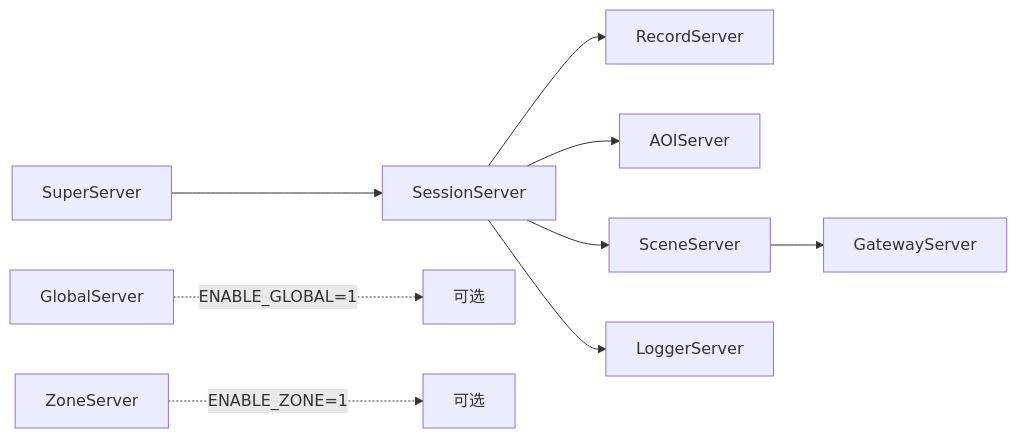
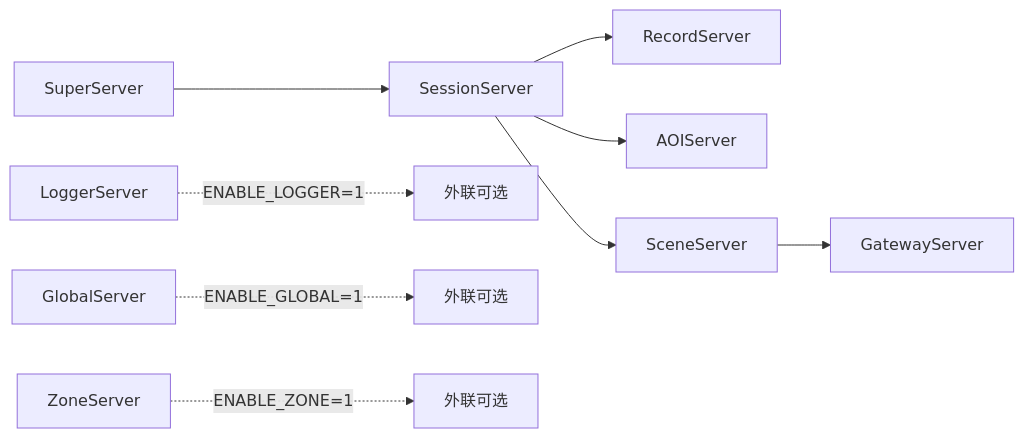
The second of 5 diagrams in docs/ARCHITECTURE.md (hechuangguo/RPG_Server), drawn with Mermaid before and after one commit. The commit also changed other lines of this file and 68 other files, not shown here.

````diff
--- a/docs/ARCHITECTURE.md
+++ b/docs/ARCHITECTURE.md
@@ -69,11 +67,11 @@
 ```mermaid
 flowchart LR
     S1[SuperServer] --> S2[SessionServer]
     S2 --> S3[RecordServer]
     S2 --> S4[AOIServer]
     S2 --> S5[SceneServer]
     S5 --> S6[GatewayServer]
-    S2 --> S7[LoggerServer]
-    S8[GlobalServer] -.->|ENABLE_GLOBAL=1| opt1[可选]
-    S9[ZoneServer] -.->|ENABLE_ZONE=1| opt2[可选]
+    S7[LoggerServer] -.->|ENABLE_LOGGER=1| opt1[外联可选]
+    S8[GlobalServer] -.->|ENABLE_GLOBAL=1| opt2[外联可选]
+    S9[ZoneServer] -.->|ENABLE_ZONE=1| opt3[外联可选]
 ```
````
